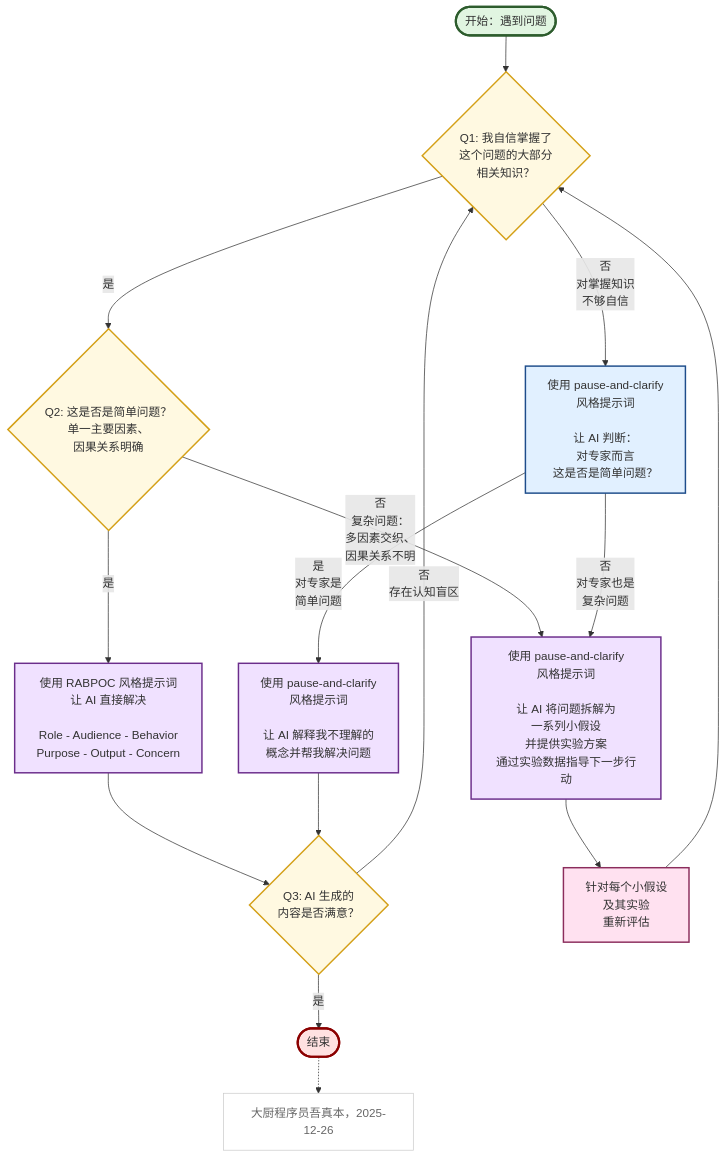
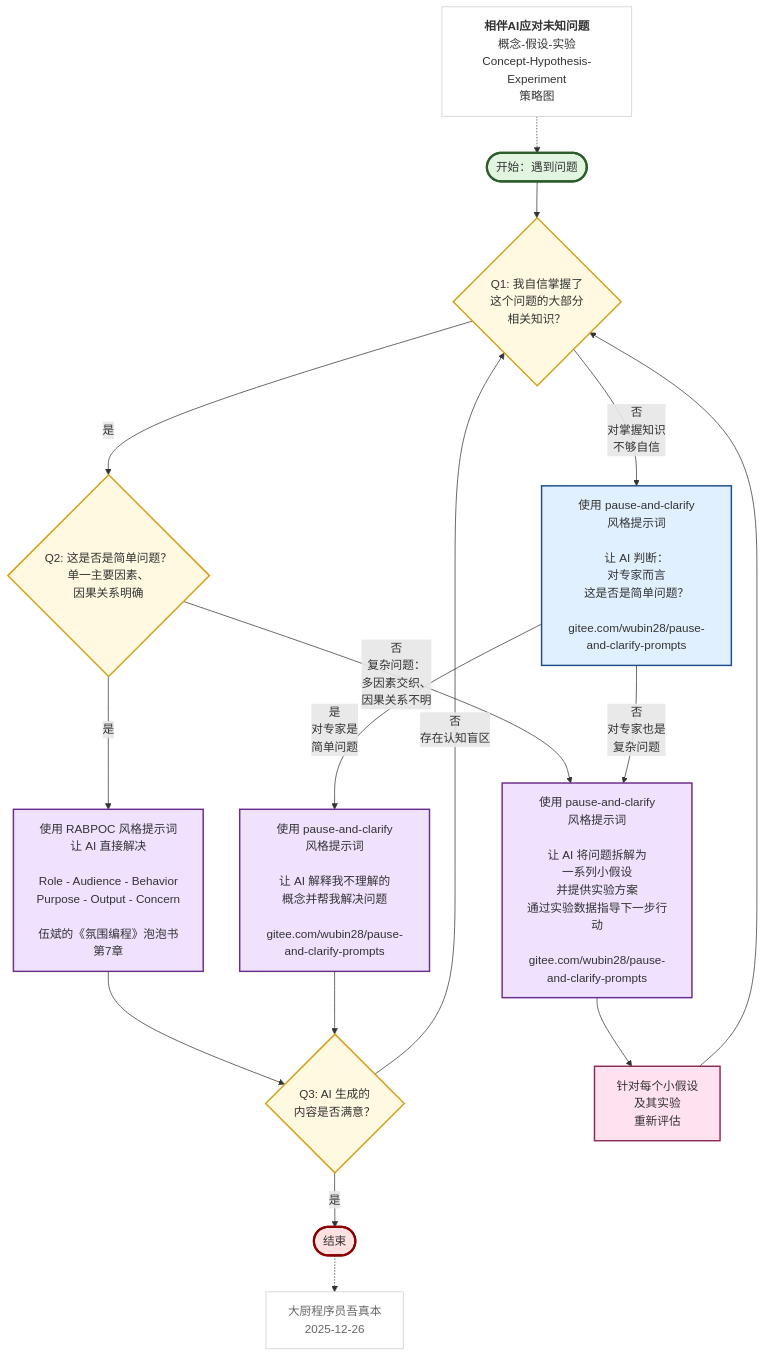
The diagram in concept-hypothesis-experiment-diagram.md (wubin28/accompany-ai-in-tackling-unknown-problems), drawn with Mermaid before and after one commit. The commit also changed 3 other files, not shown here.

Commit message:
refactor: added title to the diagram

````diff
--- a/concept-hypothesis-experiment-diagram.md
+++ b/concept-hypothesis-experiment-diagram.md
@@ -3,40 +3,42 @@
 ```mermaid
 flowchart TD
-    Start([开始：遇到问题]) --> Q1{Q1: 我自信掌握了<br/>这个问题的大部分<br/>相关知识？}
+    Title["<b>相伴AI应对未知问题</b><br/>概念-假设-实验<br/>Concept-Hypothesis-Experiment<br/>策略图"] -.-> Start([开始：遇到问题])
+    Start --> Q1{Q1: 我自信掌握了<br/>这个问题的大部分<br/>相关知识？}
 
     Q1 -->|是| Q2{Q2: 这是否是简单问题？<br/>单一主要因素、<br/>因果关系明确}
 
-    Q2 -->|是| RABPOC[使用 RABPOC 风格提示词<br/>让 AI 直接解决<br/><br/>Role - Audience - Behavior<br/>Purpose - Output - Concern]
+    Q2 -->|是| RABPOC[使用 RABPOC 风格提示词<br/>让 AI 直接解决<br/><br/>Role - Audience - Behavior<br/>Purpose - Output - Concern<br/><br/>伍斌的《氛围编程》泡泡书第7章]
 
     RABPOC --> Q3{Q3: AI 生成的<br/>内容是否满意？}
 
     Q3 -->|是| End([结束])
     Q3 -->|否<br/>存在认知盲区| Q1
 
-    Q2 -->|否<br/>复杂问题：<br/>多因素交织、<br/>因果关系不明| Complex1["使用 pause-and-clarify<br/>风格提示词<br/><br/>让 AI 将问题拆解为<br/>一系列小假设<br/>并提供实验方案<br/>通过实验数据指导下一步行动"]
+    Q2 -->|否<br/>复杂问题：<br/>多因素交织、<br/>因果关系不明| Complex1["使用 pause-and-clarify<br/>风格提示词<br/><br/>让 AI 将问题拆解为<br/>一系列小假设<br/>并提供实验方案<br/>通过实验数据指导下一步行动"<br/><br/>gitee.com/wubin28/pause-and-clarify-prompts]
 
     Complex1 --> Loop1["针对每个小假设<br/>及其实验<br/>重新评估"] --> Q1
 
-    Q1 -->|否<br/>对掌握知识<br/>不够自信| AIJudge["使用 pause-and-clarify<br/>风格提示词<br/><br/>让 AI 判断：<br/>对专家而言<br/>这是否是简单问题？"]
+    Q1 -->|否<br/>对掌握知识<br/>不够自信| AIJudge["使用 pause-and-clarify<br/>风格提示词<br/><br/>让 AI 判断：<br/>对专家而言<br/>这是否是简单问题？"<br/><br/>gitee.com/wubin28/pause-and-clarify-prompts]
 
-    AIJudge -->|是<br/>对专家是<br/>简单问题| Explain1["使用 pause-and-clarify<br/>风格提示词<br/><br/>让 AI 解释我不理解的<br/>概念并帮我解决问题"]
+    AIJudge -->|是<br/>对专家是<br/>简单问题| Explain1["使用 pause-and-clarify<br/>风格提示词<br/><br/>让 AI 解释我不理解的<br/>概念并帮我解决问题<br/><br/>gitee.com/wubin28/pause-and-clarify-prompts"]
 
     Explain1 --> Q3
 
     AIJudge -->|否<br/>对专家也是<br/>复杂问题| Complex1
 
-    End -.-> Signature["大厨程序员吾真本，2025-12-26"]
+    End -.-> Signature["大厨程序员吾真本<br/>2025-12-26"]
 
     style Start fill:#e1f5e1,stroke:#2d5c2d,stroke-width:3px
     style End fill:#ffe1e1,stroke:#8b0000,stroke-width:3px
     style Q1 fill:#fff9e1,stroke:#d4a017,stroke-width:2px
     style Q2 fill:#fff9e1,stroke:#d4a017,stroke-width:2px
     style Q3 fill:#fff9e1,stroke:#d4a017,stroke-width:2px
     style AIJudge fill:#e1f0ff,stroke:#1e4d8b,stroke-width:2px
     style RABPOC fill:#f0e1ff,stroke:#6b2d8b,stroke-width:2px
     style Complex1 fill:#f0e1ff,stroke:#6b2d8b,stroke-width:2px
     style Explain1 fill:#f0e1ff,stroke:#6b2d8b,stroke-width:2px
     style Loop1 fill:#ffe1f0,stroke:#8b2d5c,stroke-width:2px
+    style Title fill:#ffffff,stroke:#cccccc,stroke-width:1px,color:#333333
     style Signature fill:#ffffff,stroke:#cccccc,stroke-width:1px,color:#666666
 
 ```
````
